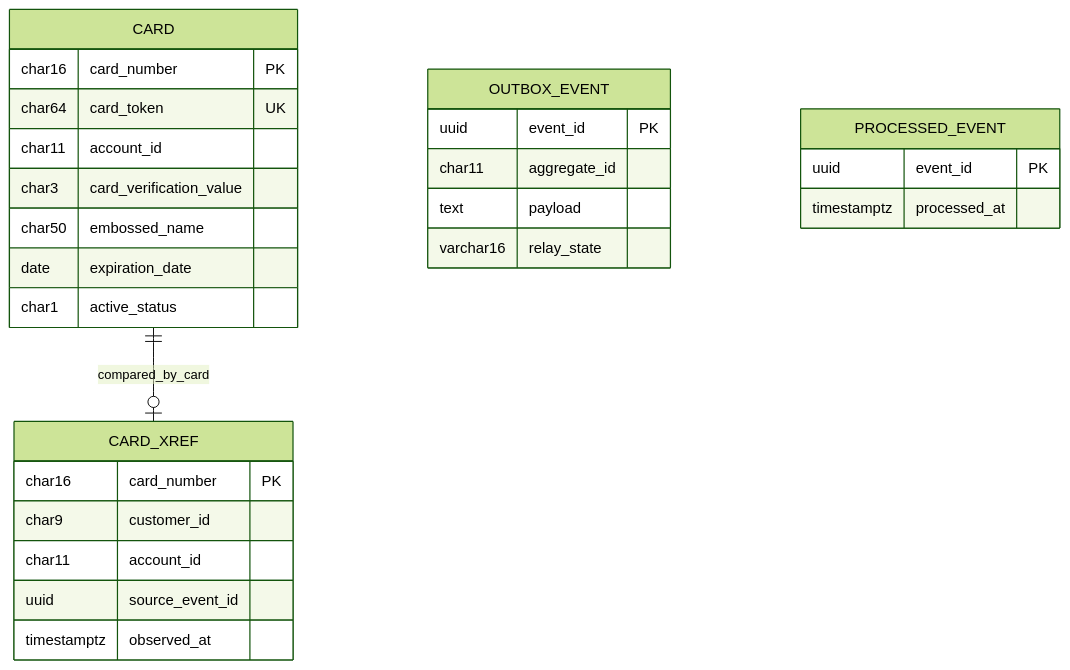
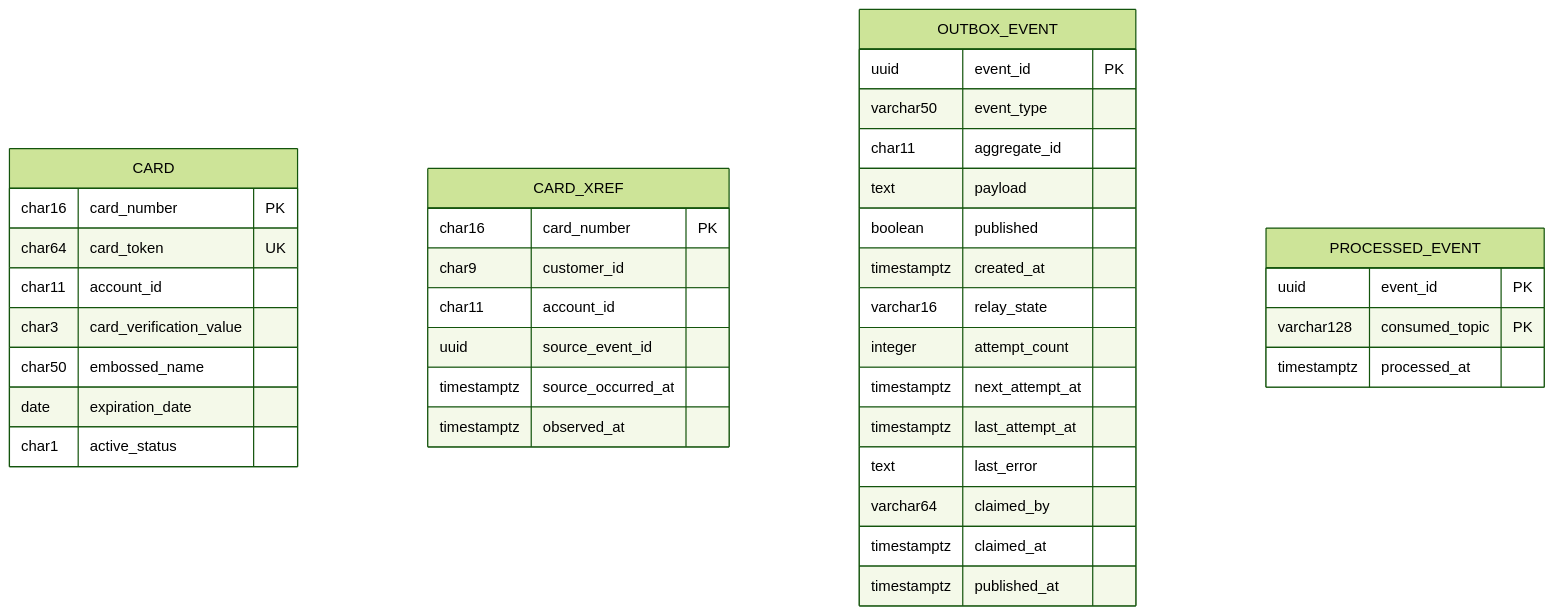
The sixth of 6 diagrams in card-platform/docs/data-model.md (blitzy-public-samples/aws-carddemo-blitzy), drawn with Mermaid (forest theme) before and after one commit. The commit also changed other lines of this file and 540 other files, not shown here.

````diff
--- a/card-platform/docs/data-model.md
+++ b/card-platform/docs/data-model.md
@@ -516,31 +686,41 @@
 ```mermaid
 erDiagram
     CARD {
         char16 card_number PK
         char64 card_token UK
         char11 account_id
         char3 card_verification_value
         char50 embossed_name
         date expiration_date
         char1 active_status
     }
     CARD_XREF {
         char16 card_number PK
         char9 customer_id
         char11 account_id
         uuid source_event_id
+        timestamptz source_occurred_at
         timestamptz observed_at
     }
     OUTBOX_EVENT {
         uuid event_id PK
+        varchar50 event_type
         char11 aggregate_id
         text payload
+        boolean published
+        timestamptz created_at
         varchar16 relay_state
+        integer attempt_count
+        timestamptz next_attempt_at
+        timestamptz last_attempt_at
+        text last_error
+        varchar64 claimed_by
+        timestamptz claimed_at
+        timestamptz published_at
     }
     PROCESSED_EVENT {
         uuid event_id PK
+        varchar128 consumed_topic PK
         timestamptz processed_at
     }
-
-    CARD ||--o| CARD_XREF : compared_by_card
 ```
````
